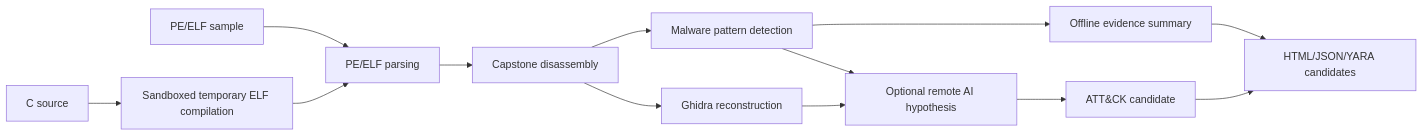
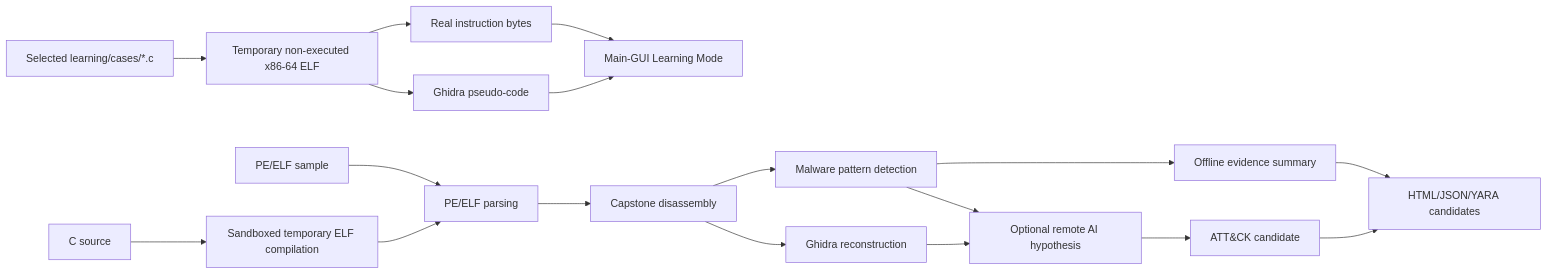
One commit to anpa1200/AIDebug changed the diagram in README.md. Above: the diagram before and after it, drawn with Mermaid. The commit also changed other lines of this file, not shown here.

Commit message:
Document main-GUI Learning Mode

````diff
--- a/README.md
+++ b/README.md
@@ -283,15 +354,20 @@
 ```mermaid
 flowchart LR
   Sample[PE/ELF sample] --> Parse[PE/ELF parsing]
   Source[C source] --> Compile[Sandboxed temporary ELF compilation]
   Compile --> Parse
+  Lesson[Selected learning/cases/*.c] --> LearnCompile[Temporary non-executed x86-64 ELF]
+  LearnCompile --> LearnDisasm[Real instruction bytes]
+  LearnCompile --> LearnGhidra[Ghidra pseudo-code]
+  LearnDisasm --> LearnGUI[Main-GUI Learning Mode]
+  LearnGhidra --> LearnGUI
   Parse --> Disasm[Capstone disassembly]
   Disasm --> Ghidra[Ghidra reconstruction]
   Disasm --> Patterns[Malware pattern detection]
   Patterns --> Offline[Offline evidence summary]
   Patterns --> Remote[Optional remote AI hypothesis]
   Ghidra --> Remote
   Remote --> Attack[ATT&CK candidate]
   Offline --> Report[HTML/JSON/YARA candidates]
   Attack --> Report
 ```
````
